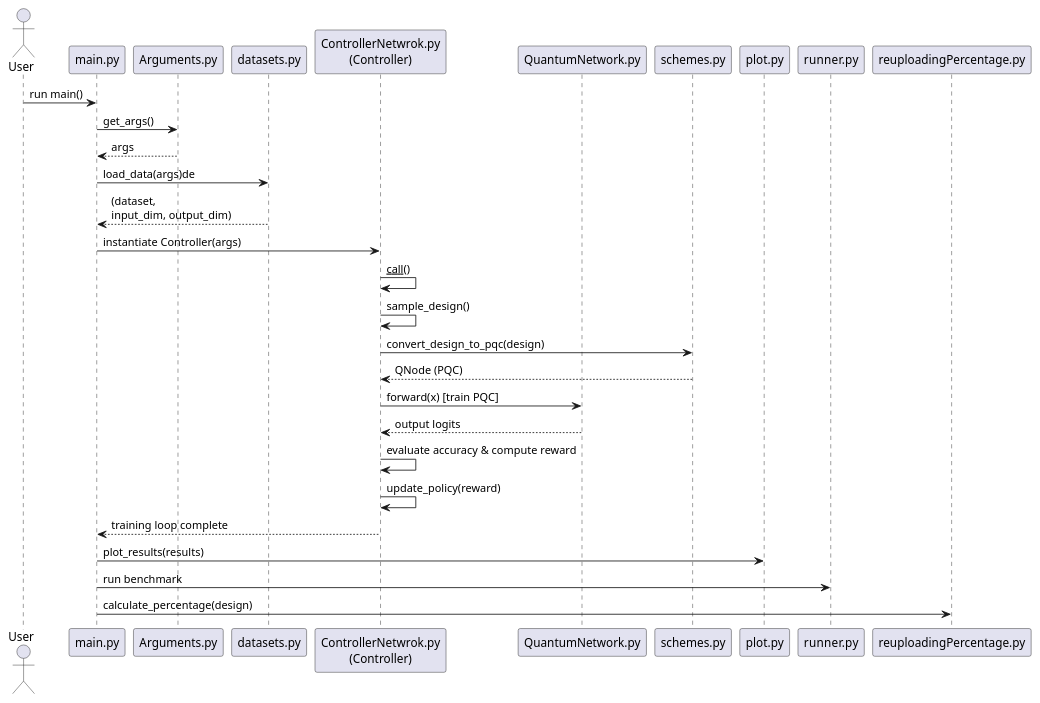
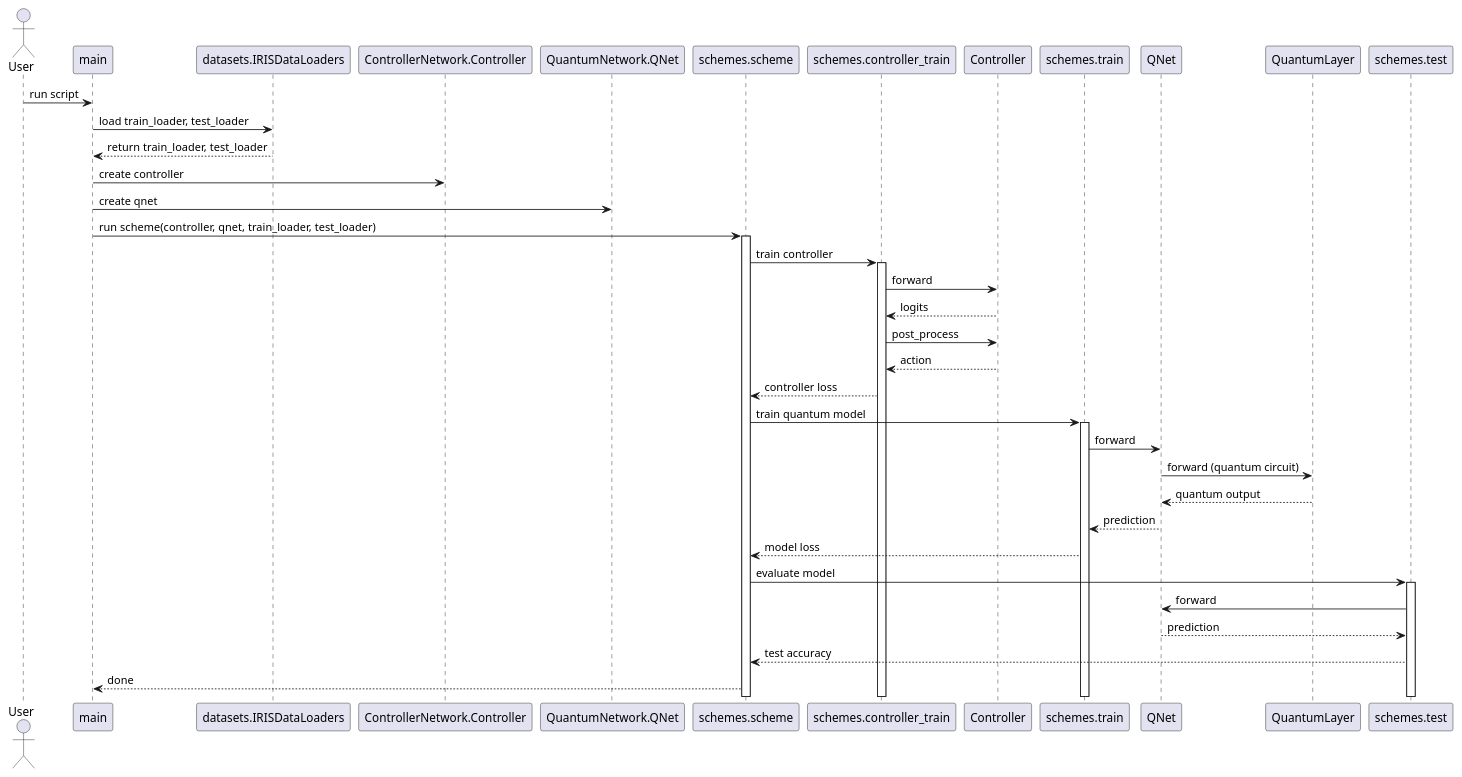
One commit to woongineer/QCDS changed the diagram in diagrams/seq.puml. Above: the diagram before and after it, drawn with PlantUML. The commit also changed 9 other files, not shown here.

```diff
--- a/diagrams/seq.puml
+++ b/diagrams/seq.puml
@@ -1,33 +1,41 @@
 @startuml
 actor User
 
-participant Main as "main.py"
-participant Args as "Arguments.py"
-participant Data as "datasets.py"
-participant Ctrl as "ControllerNetwrok.py\n(Controller)"
-participant QNet as "QuantumNetwork.py"
-participant Schemes as "schemes.py"
-participant Plot as "plot.py"
-participant Runner as "runner.py"
-participant Reupload as "reuploadingPercentage.py"
+User -> main : run script
 
-User -> Main: run main()
-Main -> Args: get_args()
-Args --> Main: args
-Main -> Data: load_data(args)de
-Data --> Main: (dataset,\ninput_dim, output_dim)
-Main -> Ctrl: instantiate Controller(args)
-Ctrl -> Ctrl: __call__()
-Ctrl -> Ctrl: sample_design()
-Ctrl -> Schemes: convert_design_to_pqc(design)
-Schemes --> Ctrl: QNode (PQC)
-Ctrl -> QNet: forward(x) [train PQC]
-QNet --> Ctrl: output logits
-Ctrl -> Ctrl: evaluate accuracy & compute reward
-Ctrl -> Ctrl: update_policy(reward)
-Ctrl --> Main: training loop complete
+main -> datasets.IRISDataLoaders : load train_loader, test_loader
+datasets.IRISDataLoaders --> main : return train_loader, test_loader
 
-Main -> Plot: plot_results(results)
-Main -> Runner: run benchmark
-Main -> Reupload: calculate_percentage(design)
+main -> ControllerNetwork.Controller : create controller
+main -> QuantumNetwork.QNet : create qnet
+
+main -> schemes.scheme : run scheme(controller, qnet, train_loader, test_loader)
+
+activate schemes.scheme
+schemes.scheme -> schemes.controller_train : train controller
+activate schemes.controller_train
+schemes.controller_train -> Controller : forward
+Controller --> schemes.controller_train : logits
+
+schemes.controller_train -> Controller : post_process
+Controller --> schemes.controller_train : action
+
+schemes.controller_train --> schemes.scheme : controller loss
+
+schemes.scheme -> schemes.train : train quantum model
+activate schemes.train
+schemes.train -> QNet : forward
+QNet -> QuantumLayer : forward (quantum circuit)
+QuantumLayer --> QNet : quantum output
+QNet --> schemes.train : prediction
+schemes.train --> schemes.scheme : model loss
+
+schemes.scheme -> schemes.test : evaluate model
+activate schemes.test
+schemes.test -> QNet : forward
+QNet --> schemes.test : prediction
+schemes.test --> schemes.scheme : test accuracy
+
+schemes.scheme --> main : done
+
 @enduml
```
